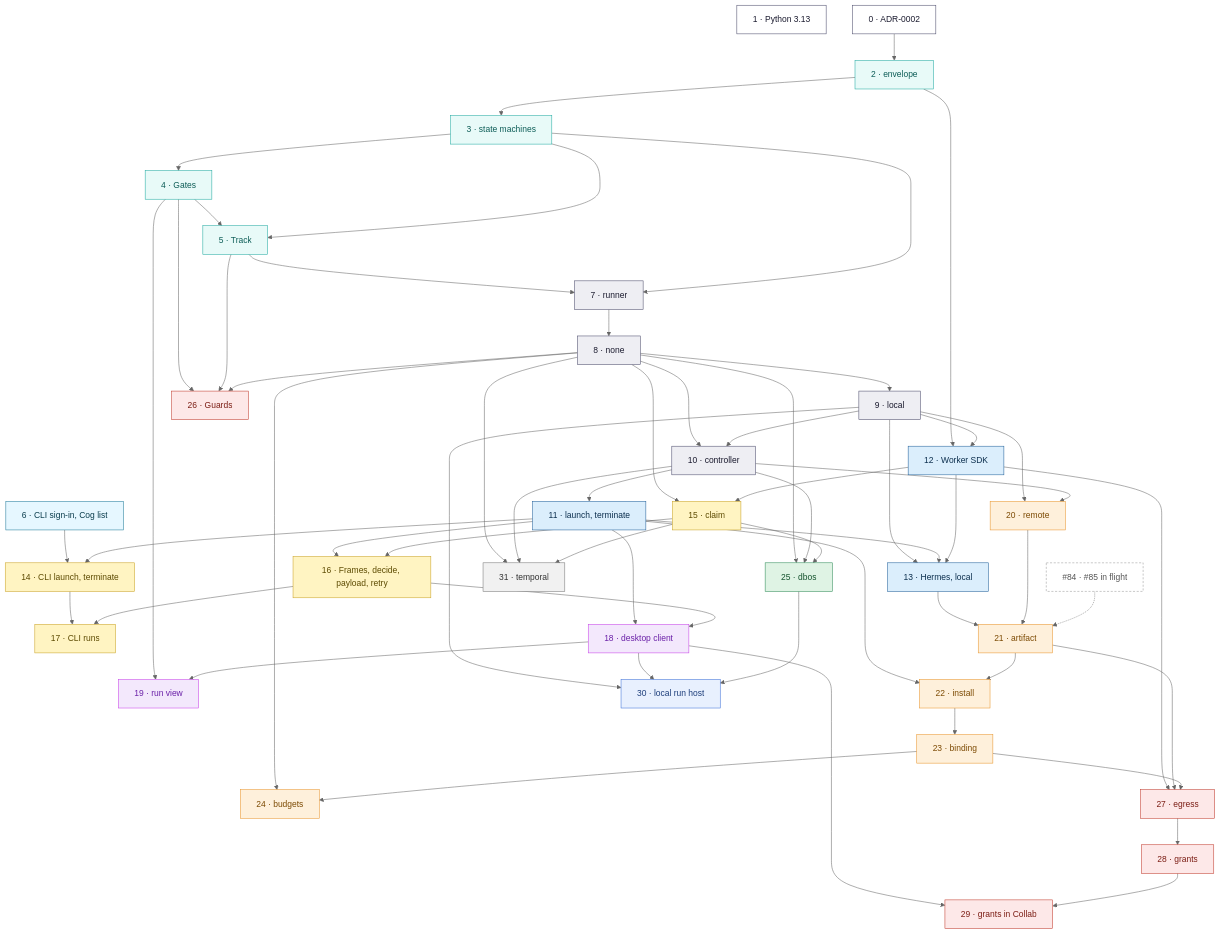
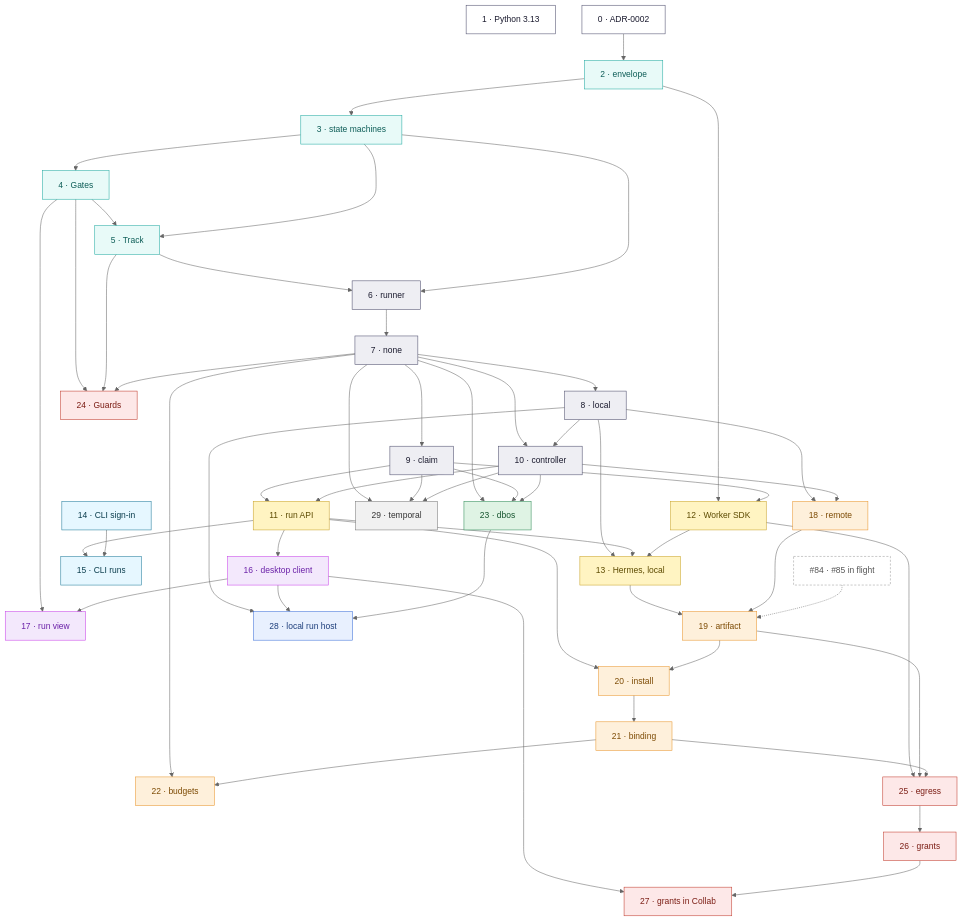
Before and after one commit to nebari-dev/collab-hub-pack: the second of 5 diagrams in COG_EXECUTION.md, drawn with Mermaid (neutral theme). The commit also changed other lines of this file, not shown here.

````diff
--- a/COG_EXECUTION.md
+++ b/COG_EXECUTION.md
@@ -1008,55 +965,51 @@
 ```mermaid
 flowchart TD
   ph1["1 · Python 3.13"]
-  ph0["0 · ADR-0002"] --> ph2["2 · envelope"] --> ph3["3 · state machines"] --> ph4["4 · Gates"] --> ph5["5 · Track"] --> ph7["7 · runner"] --> ph8["8 · none"]
-  ph6["6 · CLI sign-in, Cog list"]
-  ph3 --> ph5 & ph7
-  ph8 --> ph9["9 · local"]
-  ph8 & ph9 --> ph10["10 · controller"] --> ph11["11 · launch, terminate"]
+  ph0["0 · ADR-0002"] --> ph2["2 · envelope"] --> ph3["3 · state machines"] --> ph4["4 · Gates"] --> ph5["5 · Track"] --> ph6["6 · runner"] --> ph7["7 · none"]
+  ph3 --> ph5 & ph6
+  ph7 --> ph8["8 · local"] & ph9["9 · claim"]
+  ph7 & ph8 --> ph10["10 · controller"]
+  ph9 & ph10 --> ph11["11 · run API"]
+  ph14["14 · CLI sign-in"]
   ph2 & ph9 --> ph12["12 · Worker SDK"]
-  ph9 & ph11 & ph12 --> ph13["13 · Hermes, local"]
-  ph6 & ph11 --> ph14["14 · CLI launch, terminate"]
-  ph8 & ph12 --> ph15["15 · claim"]
-  ph11 & ph15 --> ph16["16 · Frames, decide, payload, retry"]
-  ph14 & ph16 --> ph17["17 · CLI runs"]
-  ph11 & ph16 --> ph18["18 · desktop client"]
-  ph4 & ph18 --> ph19["19 · run view"]
-  ph9 & ph10 --> ph20["20 · remote"]
-  ph13 & ph20 --> ph21["21 · artifact"]
-  reg["#84 · #85 in flight"] -.-> ph21
-  ph11 & ph21 --> ph22["22 · install"] --> ph23["23 · binding"]
-  ph8 & ph23 --> ph24["24 · budgets"]
-  ph8 & ph10 & ph15 --> ph25["25 · dbos"]
-  ph4 & ph5 & ph8 --> ph26["26 · Guards"]
-  ph12 & ph21 & ph23 --> ph27["27 · egress"] --> ph28["28 · grants"]
-  ph18 & ph28 --> ph29["29 · grants in Collab"]
-  ph9 & ph18 & ph25 --> ph30["30 · local run host"]
-  ph8 & ph10 & ph15 --> ph31["31 · temporal"]
+  ph8 & ph11 & ph12 --> ph13["13 · Hermes, local"]
+  ph11 & ph14 --> ph15["15 · CLI runs"]
+  ph11 --> ph16["16 · desktop client"]
+  ph4 & ph16 --> ph17["17 · run view"]
+  ph8 & ph10 --> ph18["18 · remote"]
+  ph13 & ph18 --> ph19["19 · artifact"]
+  reg["#84 · #85 in flight"] -.-> ph19
+  ph11 & ph19 --> ph20["20 · install"] --> ph21["21 · binding"]
+  ph7 & ph21 --> ph22["22 · budgets"]
+  ph7 & ph9 & ph10 --> ph23["23 · dbos"]
+  ph4 & ph5 & ph7 --> ph24["24 · Guards"]
+  ph12 & ph19 & ph21 --> ph25["25 · egress"] --> ph26["26 · grants"]
+  ph16 & ph26 --> ph27["27 · grants in Collab"]
+  ph8 & ph16 & ph23 --> ph28["28 · local run host"]
+  ph7 & ph9 & ph10 --> ph29["29 · temporal"]
 
   classDef m0 fill:#ffffff,stroke:#4a4a6a,color:#1a1a2e
   classDef m1 fill:#e8faf8,stroke:#20aaa1,color:#0d5d57
-  classDef m2 fill:#e6f7ff,stroke:#1f7a99,color:#0b3d4d
-  classDef m3 fill:#eeeef3,stroke:#4a4a6a,color:#1a1a2e
-  classDef m4 fill:#dbeefc,stroke:#1f5f99,color:#0b2e4d
-  classDef m5 fill:#fff4c2,stroke:#c9a227,color:#5c4a00
-  classDef m6 fill:#f3e8fc,stroke:#c840e9,color:#6b21a8
-  classDef m7 fill:#fef0db,stroke:#e8952c,color:#7c4a03
-  classDef m8 fill:#dff3e4,stroke:#2e8b57,color:#14532d
-  classDef m9 fill:#fde8e8,stroke:#c0392b,color:#7b1d14
-  classDef m10 fill:#e8f0fe,stroke:#3b6fd8,color:#1c3d7a
-  classDef m11 fill:#f1f1f1,stroke:#777,color:#333
+  classDef m2 fill:#eeeef3,stroke:#4a4a6a,color:#1a1a2e
+  classDef m3 fill:#fff4c2,stroke:#c9a227,color:#5c4a00
+  classDef m4 fill:#e6f7ff,stroke:#1f7a99,color:#0b3d4d
+  classDef m5 fill:#f3e8fc,stroke:#c840e9,color:#6b21a8
+  classDef m6 fill:#fef0db,stroke:#e8952c,color:#7c4a03
+  classDef m7 fill:#dff3e4,stroke:#2e8b57,color:#14532d
+  classDef m8 fill:#fde8e8,stroke:#c0392b,color:#7b1d14
+  classDef m9 fill:#e8f0fe,stroke:#3b6fd8,color:#1c3d7a
+  classDef m10 fill:#f1f1f1,stroke:#777,color:#333
   classDef ext fill:#ffffff,stroke:#999,color:#555,stroke-dasharray: 4 3
   class ph0,ph1 m0
   class ph2,ph3,ph4,ph5 m1
-  class ph6 m2
-  class ph7,ph8,ph9,ph10 m3
-  class ph11,ph12,ph13 m4
-  class ph14,ph15,ph16,ph17 m5
-  class ph18,ph19 m6
-  class ph20,ph21,ph22,ph23,ph24 m7
-  class ph25 m8
-  class ph26,ph27,ph28,ph29 m9
-  class ph30 m10
-  class ph31 m11
+  class ph6,ph7,ph8,ph9,ph10 m2
+  class ph11,ph12,ph13 m3
+  class ph14,ph15 m4
+  class ph16,ph17 m5
+  class ph18,ph19,ph20,ph21,ph22 m6
+  class ph23 m7
+  class ph24,ph25,ph26,ph27 m8
+  class ph28 m9
+  class ph29 m10
   class reg ext
 ```
````
